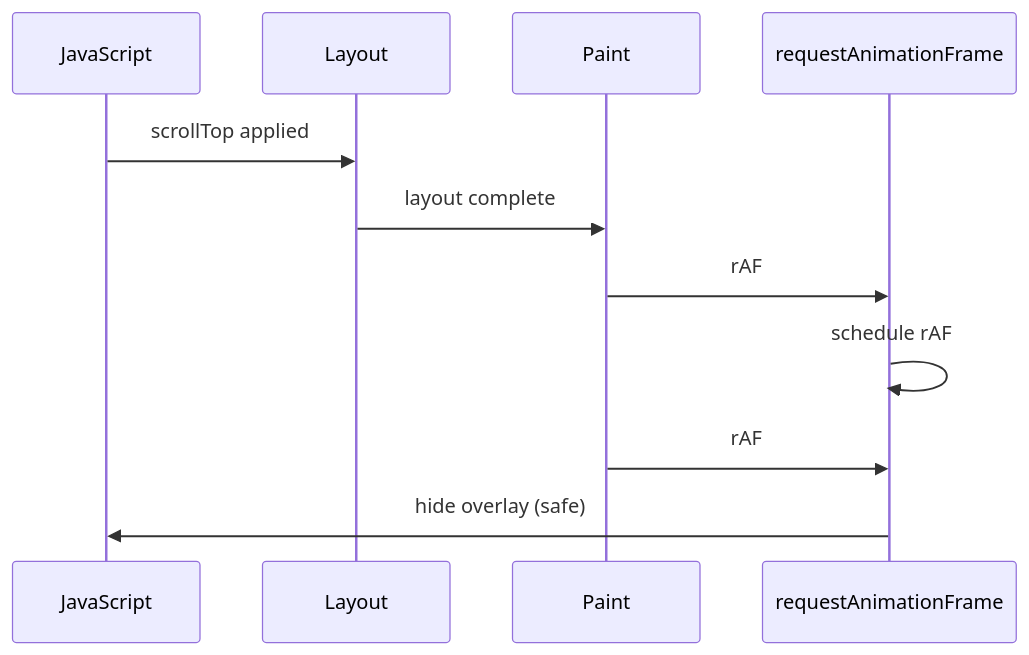
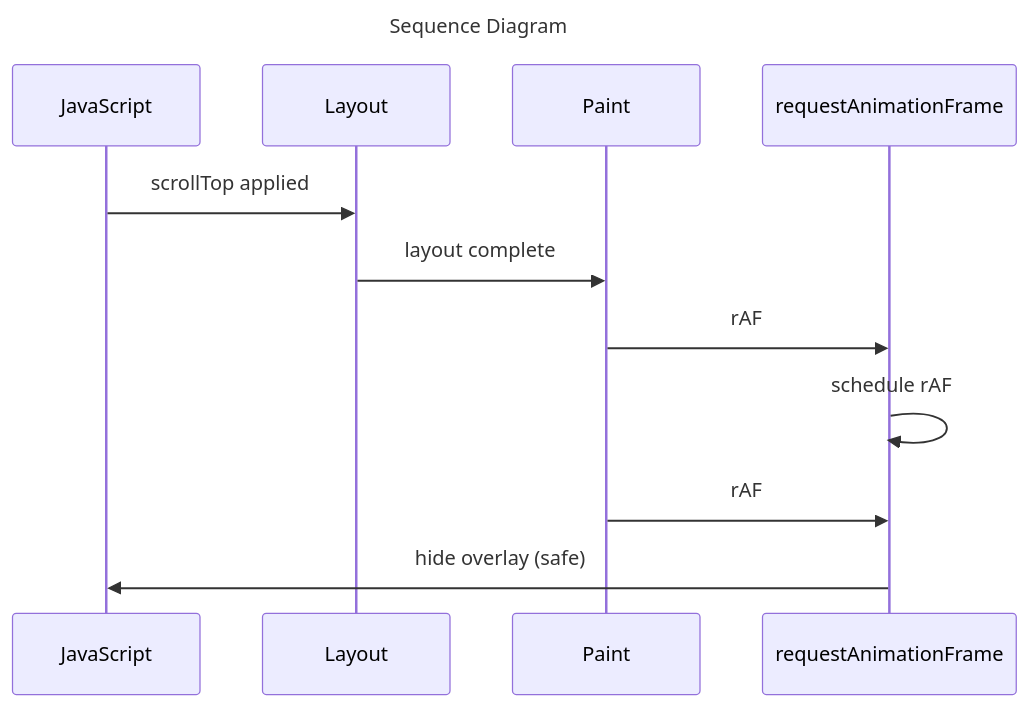
Before and after one commit to kn-mnsk/ulde-model-02: the fourth of 4 diagrams in src/assets/docs/test/test.katex.md, drawn with Mermaid. The commit also changed other lines of this file and 8 other files, not shown here.

````diff
--- a/src/assets/docs/test/test.katex.md
+++ b/src/assets/docs/test/test.katex.md
@@ -106,14 +125,17 @@
 ```mermaid
+---
+title: Sequence Diagram
+---
 sequenceDiagram
     participant JS as JavaScript
     participant L as Layout
     participant P as Paint
     participant RAF as requestAnimationFrame
 
     JS->>L: scrollTop applied
     L->>P: layout complete
     P->>RAF: rAF #1 fires (before next paint)
     RAF->>RAF: schedule rAF #2
     P->>RAF: rAF #2 fires (before next paint)
     RAF->>JS: hide overlay (safe)
 ```
````
